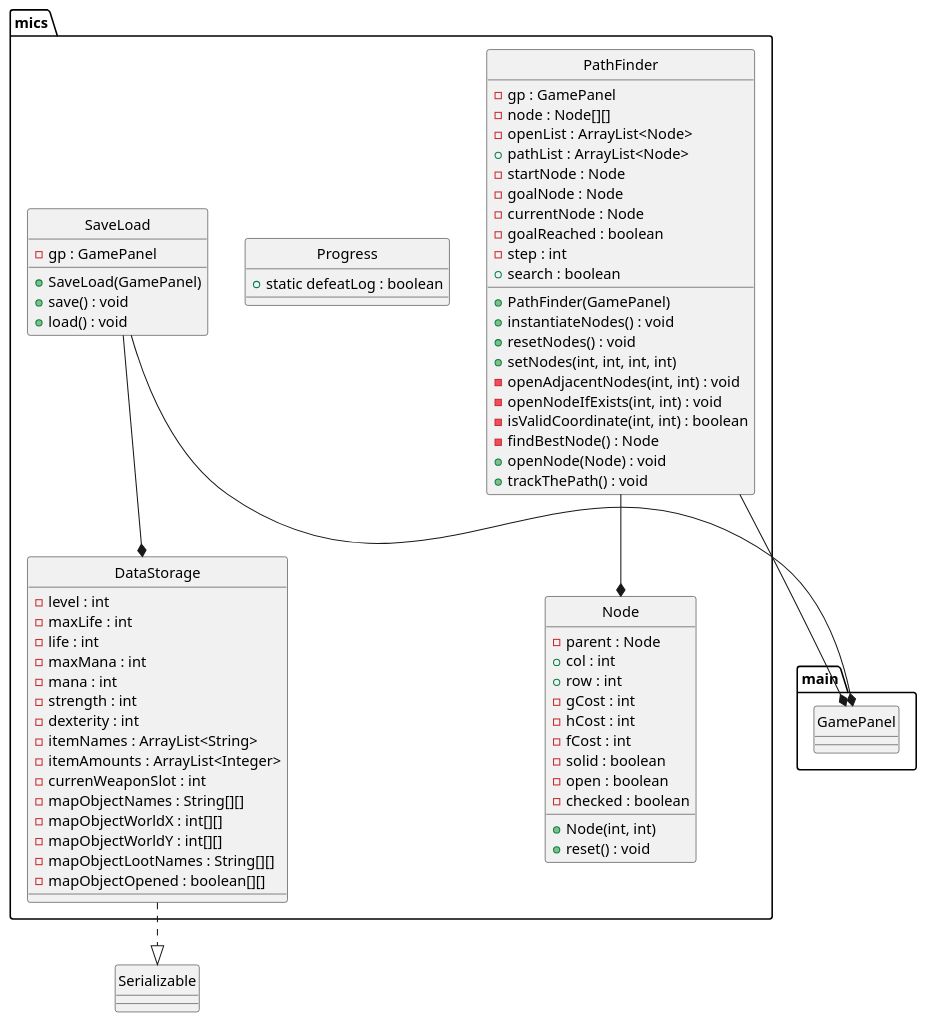
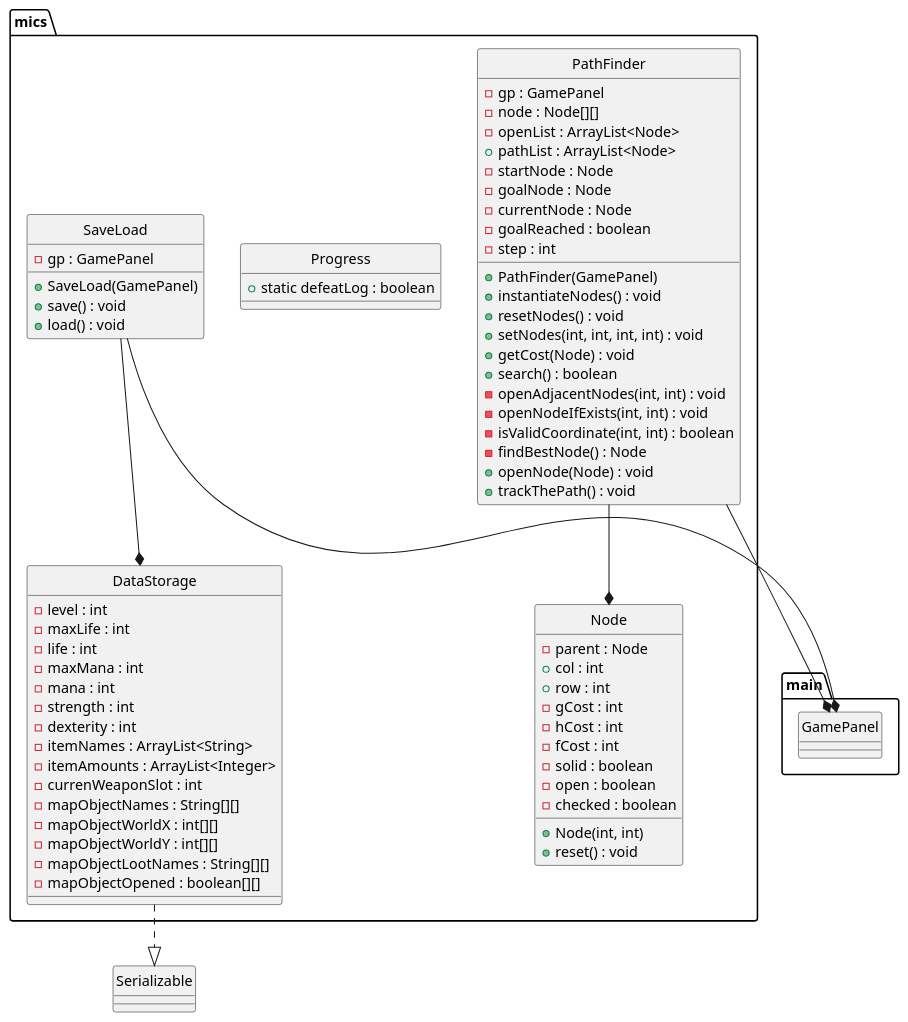
One commit to notrealqt/HCMIU-Escigma changed the diagram in Report/UML/mics/mics.puml. Above: the diagram before and after it, drawn with PlantUML. The commit also changed 2 other files, not shown here.

Commit message:
Updated UML

```diff
--- a/Report/UML/mics/mics.puml
+++ b/Report/UML/mics/mics.puml
@@ -1,84 +1,85 @@
 @startuml "mics"
 hide circle
 scale 1920*1080
 
 package mics {
     class DataStorage {
         - level : int
         - maxLife : int
         - life : int
         - maxMana : int
         - mana : int
         - strength : int
         - dexterity : int
         - itemNames : ArrayList<String>
         - itemAmounts : ArrayList<Integer>
         - currenWeaponSlot : int
         - mapObjectNames : String[][]
         - mapObjectWorldX : int[][]
         - mapObjectWorldY : int[][]
         - mapObjectLootNames : String[][]
         - mapObjectOpened : boolean[][]
     }
     class Node {
         - parent : Node
         + col : int
         + row : int
         - gCost : int
         - hCost : int
         - fCost : int
         - solid : boolean
         - open : boolean
         - checked : boolean
 
         + Node(int, int)
         + reset() : void
     }
     class PathFinder {
         - gp : GamePanel
         - node : Node[][]
         - openList : ArrayList<Node> 
         + pathList : ArrayList<Node>
         - startNode : Node
         - goalNode : Node
         - currentNode : Node
         - goalReached : boolean
         - step : int
-        + search : boolean
         + PathFinder(GamePanel)
         + instantiateNodes() : void
         + resetNodes() : void
-        + setNodes(int, int, int, int)
+        + setNodes(int, int, int, int) : void
+        + getCost(Node) : void
+        + search() : boolean
         - openAdjacentNodes(int, int) : void
         - openNodeIfExists(int, int) : void
         - isValidCoordinate(int, int) : boolean
         - findBestNode() : Node
         + openNode(Node) : void
         + trackThePath() : void
     }
     class Progress {
         + static defeatLog : boolean
     }
     class SaveLoad {
         - gp : GamePanel
         
         + SaveLoad(GamePanel)
         + save() : void
         + load() : void
     }
 }
 
 
 package main {
     class GamePanel
 }
 
 DataStorage ..|> Serializable
 
 PathFinder --* GamePanel
 PathFinder --* Node
 
 SaveLoad --* GamePanel
 SaveLoad --* DataStorage
 
 @enduml
```
